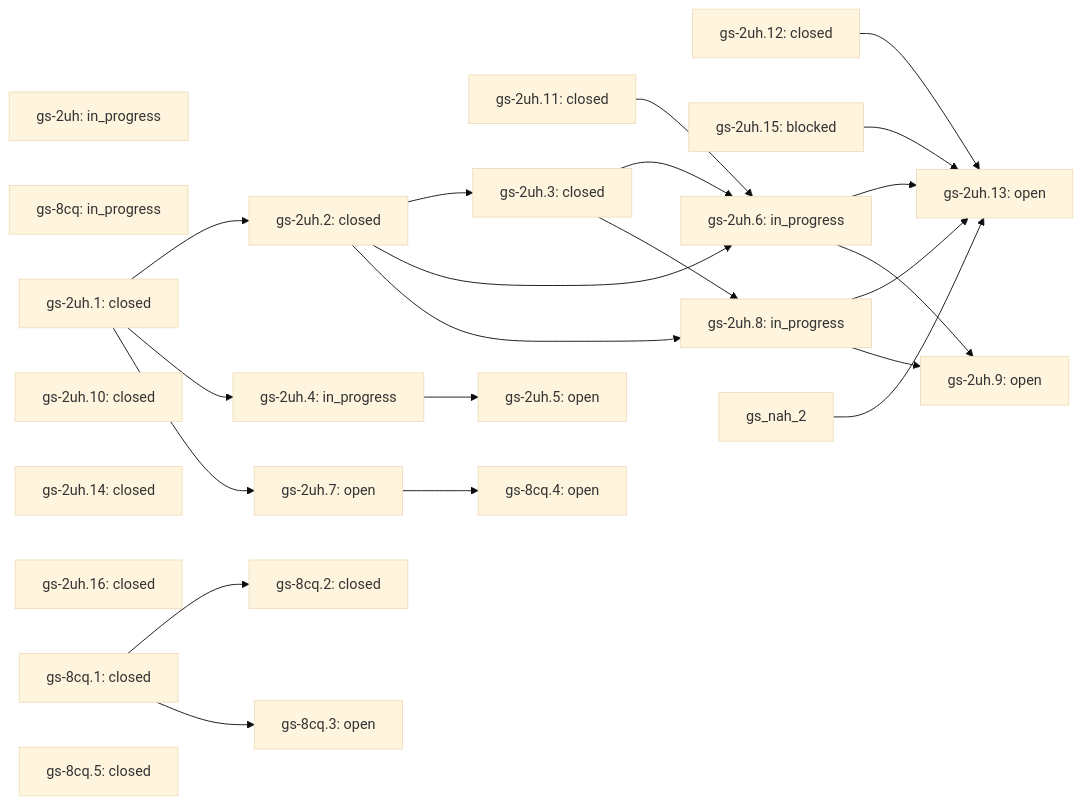
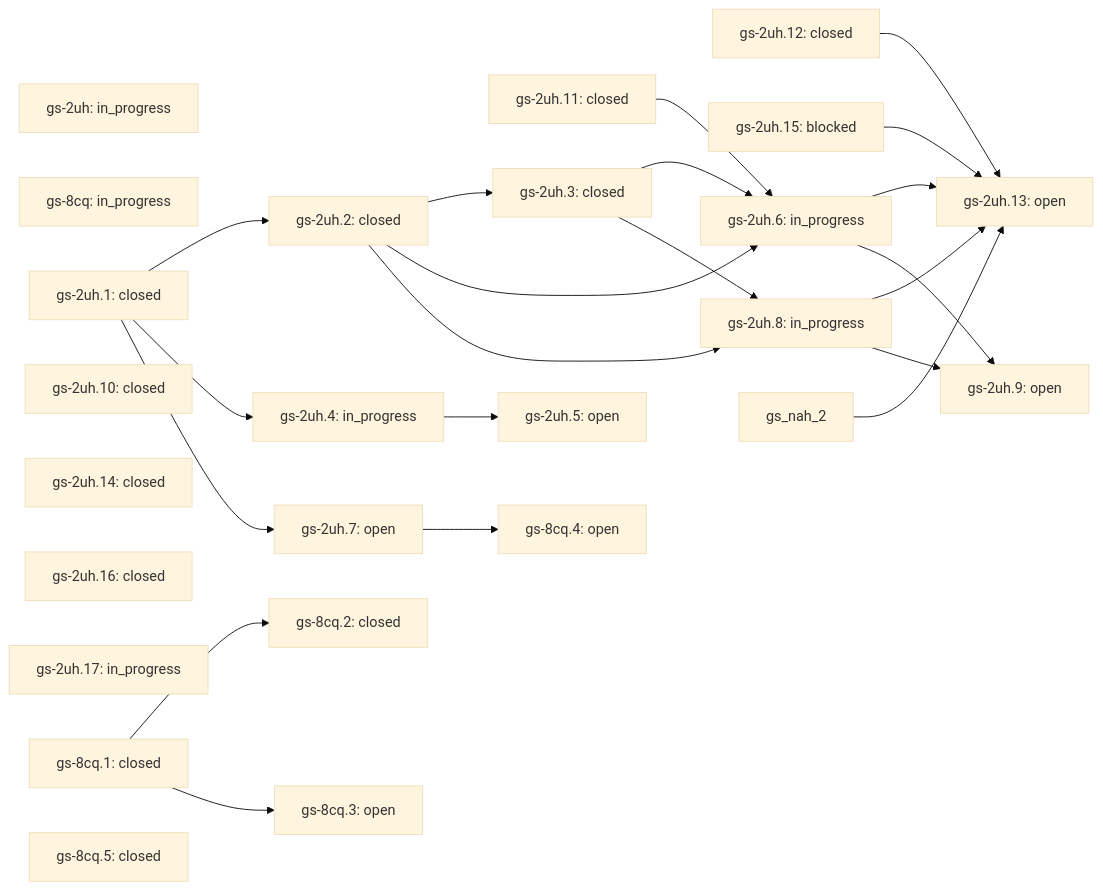
Before and after one commit to lifeofgurpreet/G-Skills: the diagram in docs/skills/vps-health/ROADMAP.md, drawn with Mermaid (base theme). The commit also changed other lines of this file and 12 other files, not shown here.

````diff
--- a/docs/skills/vps-health/ROADMAP.md
+++ b/docs/skills/vps-health/ROADMAP.md
@@ -35,46 +36,47 @@
 ```mermaid
 flowchart LR
   gs_2uh["gs-2uh: in_progress"]
   gs_8cq["gs-8cq: in_progress"]
   gs_2uh_1["gs-2uh.1: closed"]
   gs_2uh_10["gs-2uh.10: closed"]
   gs_2uh_11["gs-2uh.11: closed"]
   gs_2uh_12["gs-2uh.12: closed"]
   gs_2uh_13["gs-2uh.13: open"]
   gs_2uh_12 --> gs_2uh_13
   gs_2uh_15 --> gs_2uh_13
   gs_2uh_6 --> gs_2uh_13
   gs_2uh_8 --> gs_2uh_13
   gs_nah_2 --> gs_2uh_13
   gs_2uh_14["gs-2uh.14: closed"]
   gs_2uh_15["gs-2uh.15: blocked"]
   gs_2uh_16["gs-2uh.16: closed"]
+  gs_2uh_17["gs-2uh.17: in_progress"]
   gs_2uh_2["gs-2uh.2: closed"]
   gs_2uh_1 --> gs_2uh_2
   gs_2uh_3["gs-2uh.3: closed"]
   gs_2uh_2 --> gs_2uh_3
   gs_2uh_4["gs-2uh.4: in_progress"]
   gs_2uh_1 --> gs_2uh_4
   gs_2uh_5["gs-2uh.5: open"]
   gs_2uh_4 --> gs_2uh_5
   gs_2uh_6["gs-2uh.6: in_progress"]
   gs_2uh_11 --> gs_2uh_6
   gs_2uh_2 --> gs_2uh_6
   gs_2uh_3 --> gs_2uh_6
   gs_2uh_8["gs-2uh.8: in_progress"]
   gs_2uh_2 --> gs_2uh_8
   gs_2uh_3 --> gs_2uh_8
   gs_8cq_1["gs-8cq.1: closed"]
   gs_8cq_2["gs-8cq.2: closed"]
   gs_8cq_1 --> gs_8cq_2
   gs_2uh_7["gs-2uh.7: open"]
   gs_2uh_1 --> gs_2uh_7
   gs_2uh_9["gs-2uh.9: open"]
   gs_2uh_6 --> gs_2uh_9
   gs_2uh_8 --> gs_2uh_9
   gs_8cq_3["gs-8cq.3: open"]
   gs_8cq_1 --> gs_8cq_3
   gs_8cq_4["gs-8cq.4: open"]
   gs_2uh_7 --> gs_8cq_4
   gs_8cq_5["gs-8cq.5: closed"]
 ```
````
